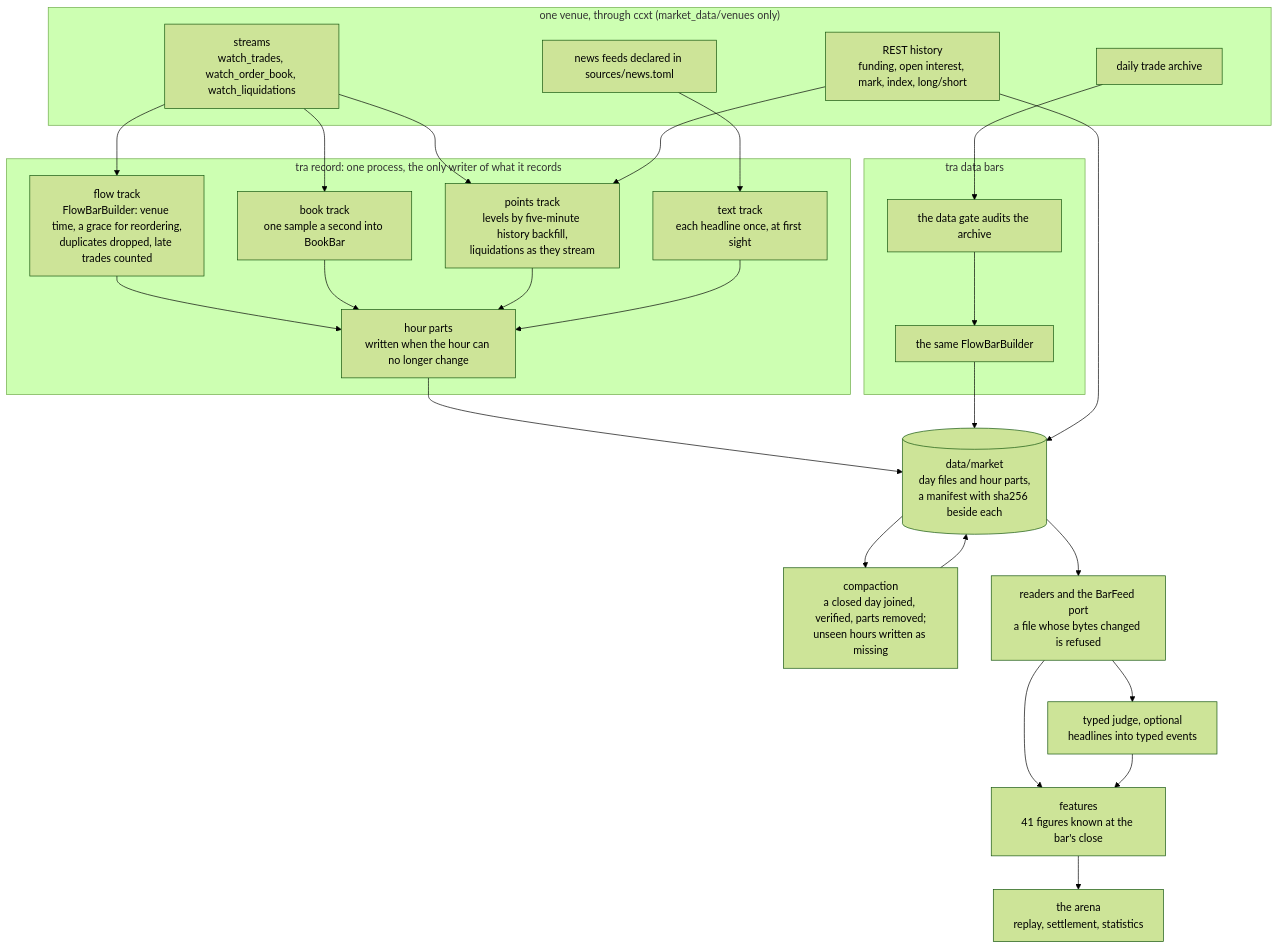
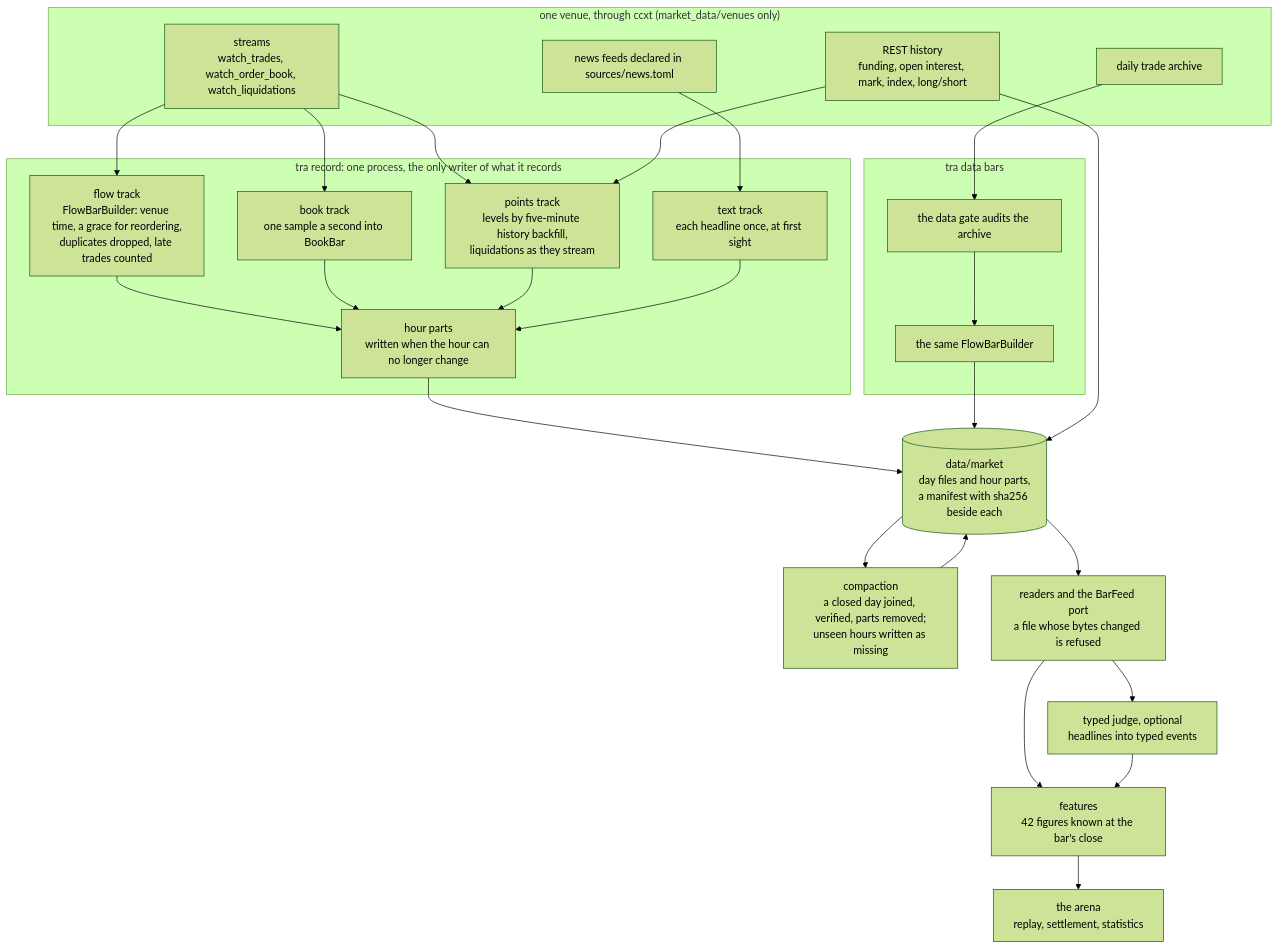
Before and after one commit to BijectiveLabs/bitra: the first of 3 diagrams in docs/opensource/architecture.md, drawn with Mermaid (forest theme). The commit also changed 2 other files, not shown here.

Commit message:
docs(llm): the event guard and what the system carries for the judge

````diff
--- a/docs/opensource/architecture.md
+++ b/docs/opensource/architecture.md
@@ -154,41 +154,41 @@
 ```mermaid
 flowchart TB
     subgraph venue["one venue, through ccxt (market_data/venues only)"]
         ws["streams<br/>watch_trades, watch_order_book, watch_liquidations"]
         hist["REST history<br/>funding, open interest, mark, index, long/short"]
         daily["daily trade archive"]
         news["news feeds declared in sources/news.toml"]
     end
     subgraph recorder["tra record: one process, the only writer of what it records"]
         flow["flow track<br/>FlowBarBuilder: venue time, a grace for reordering,<br/>duplicates dropped, late trades counted"]
         book["book track<br/>one sample a second into BookBar"]
         points["points track<br/>levels by five-minute history backfill,<br/>liquidations as they stream"]
         text["text track<br/>each headline once, at first sight"]
         hours["hour parts<br/>written when the hour can no longer change"]
     end
     subgraph backfill["tra data bars"]
         audit["the data gate audits the archive"]
         builder["the same FlowBarBuilder"]
     end
     archive[("data/market<br/>day files and hour parts,<br/>a manifest with sha256 beside each")]
     compact["compaction<br/>a closed day joined, verified, parts removed;<br/>unseen hours written as missing"]
     readers["readers and the BarFeed port<br/>a file whose bytes changed is refused"]
     judge["typed judge, optional<br/>headlines into typed events"]
-    features["features<br/>41 figures known at the bar's close"]
+    features["features<br/>42 figures known at the bar's close"]
     arena["the arena<br/>replay, settlement, statistics"]
     ws --> flow
     ws --> book
     ws --> points
     hist --> points
     news --> text
     flow --> hours
     book --> hours
     points --> hours
     text --> hours
     hours --> archive
     daily --> audit --> builder --> archive
     hist --> archive
     archive --> compact --> archive
     archive --> readers --> features --> arena
     readers --> judge --> features
 ```
````
